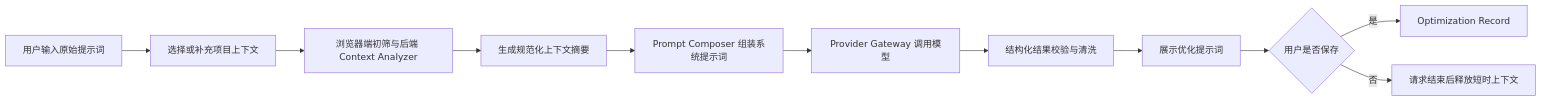
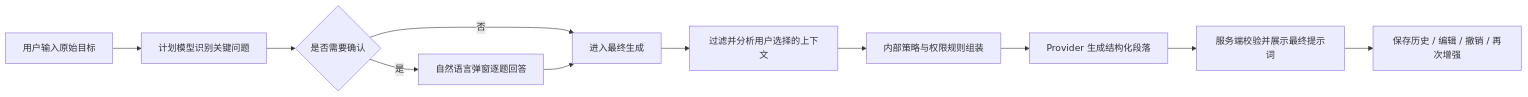
One commit to QingNiao0x/prompt-optimizer-platform changed the diagram in docs/01-产品与范围.md. Above: the diagram before and after it, drawn with Mermaid. The commit also changed other lines of this file and 62 other files, not shown here.

````diff
--- a/docs/01-产品与范围.md
+++ b/docs/01-产品与范围.md
@@ -43,13 +46,13 @@
 ```mermaid
 flowchart LR
-    A[用户输入原始提示词] --> B[选择或补充项目上下文]
-    B --> C[浏览器端初筛与后端 Context Analyzer]
-    C --> D[生成规范化上下文摘要]
-    D --> E[Prompt Composer 组装系统提示词]
-    E --> F[Provider Gateway 调用模型]
-    F --> G[结构化结果校验与清洗]
-    G --> H[展示优化提示词]
-    H --> I{用户是否保存}
-    I -->|是| J[Optimization Record]
-    I -->|否| K[请求结束后释放短时上下文]
+    A[用户输入原始目标] --> B[计划模型识别关键问题]
+    B --> C{是否需要确认}
+    C -->|是| D[自然语言弹窗逐题回答]
+    C -->|否| E[进入最终生成]
+    D --> E
+    E --> F[过滤并分析用户选择的上下文]
+    F --> G[内部策略与权限规则组装]
+    G --> H[Provider 生成结构化段落]
+    H --> I[服务端校验并展示最终提示词]
+    I --> J[保存历史 / 编辑 / 撤销 / 再次增强]
 ```
````
